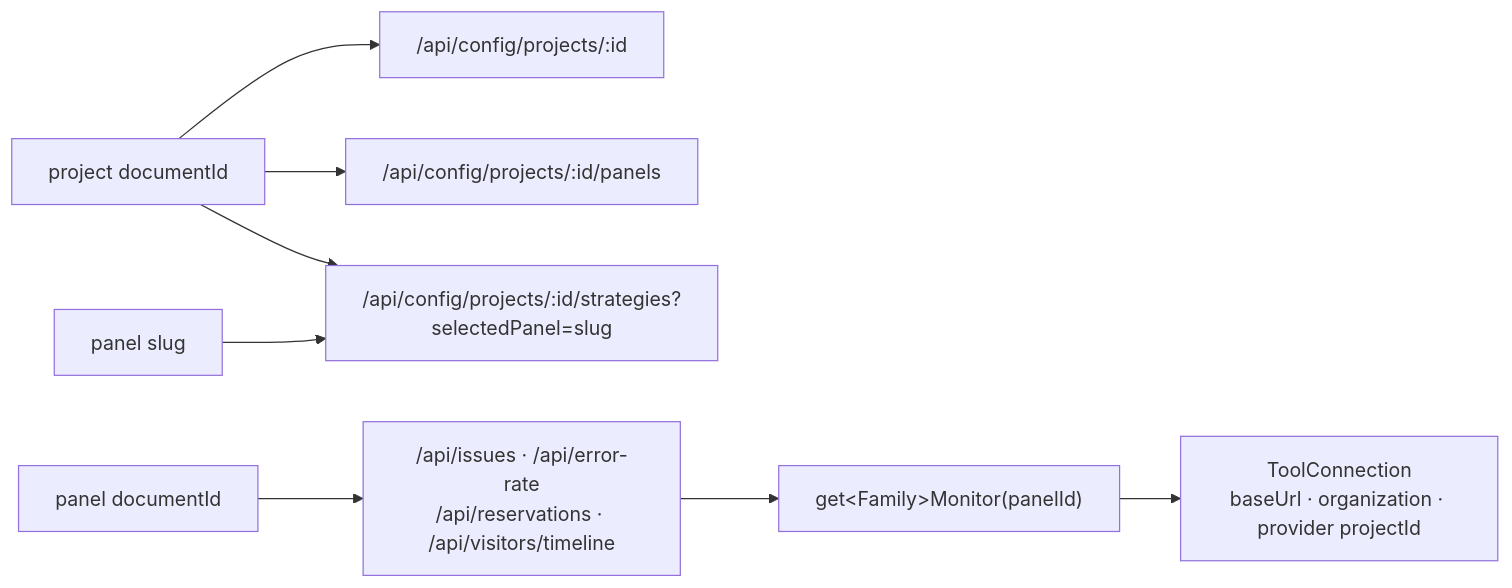
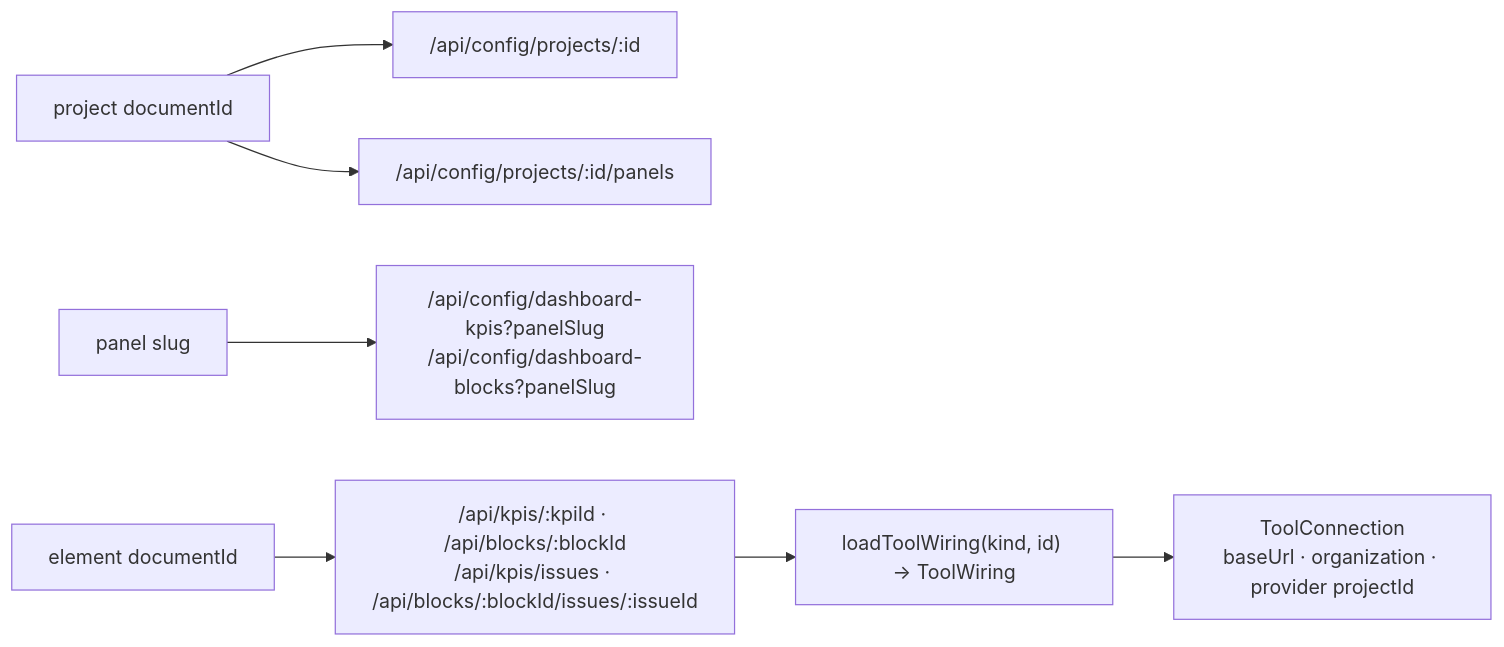
One commit to webteamuxco/dashboard-monitor changed the second of 6 diagrams in apps/docs-site/docs/panels.md. Above: the diagram before and after it, drawn with Mermaid. The commit also changed other lines of this file and 10 other files, not shown here.

````diff
--- a/apps/docs-site/docs/panels.md
+++ b/apps/docs-site/docs/panels.md
@@ -79,10 +115,9 @@
 ```mermaid
 flowchart LR
     Proj[project documentId] --> Cfg["/api/config/projects/:id"]
     Proj --> Panels["/api/config/projects/:id/panels"]
-    Proj --> Strat["/api/config/projects/:id/strategies?selectedPanel=slug"]
-    Slug[panel slug] --> Strat
-    PanelId[panel documentId] --> Data["/api/issues · /api/error-rate<br/>/api/reservations · /api/visitors/timeline"]
-    Data --> Mon["get&lt;Family&gt;Monitor(panelId)"]
-    Mon --> Conn["ToolConnection<br/>baseUrl · organization · provider projectId"]
+    Slug[panel slug] --> Elements["/api/config/dashboard-kpis?panelSlug<br/>/api/config/dashboard-blocks?panelSlug"]
+    ElemId[element documentId] --> Data["/api/kpis/:kpiId · /api/blocks/:blockId<br/>/api/kpis/issues · /api/blocks/:blockId/issues/:issueId"]
+    Data --> Wiring["loadToolWiring(kind, id) → ToolWiring"]
+    Wiring --> Conn["ToolConnection<br/>baseUrl · organization · provider projectId"]
 ```
````
